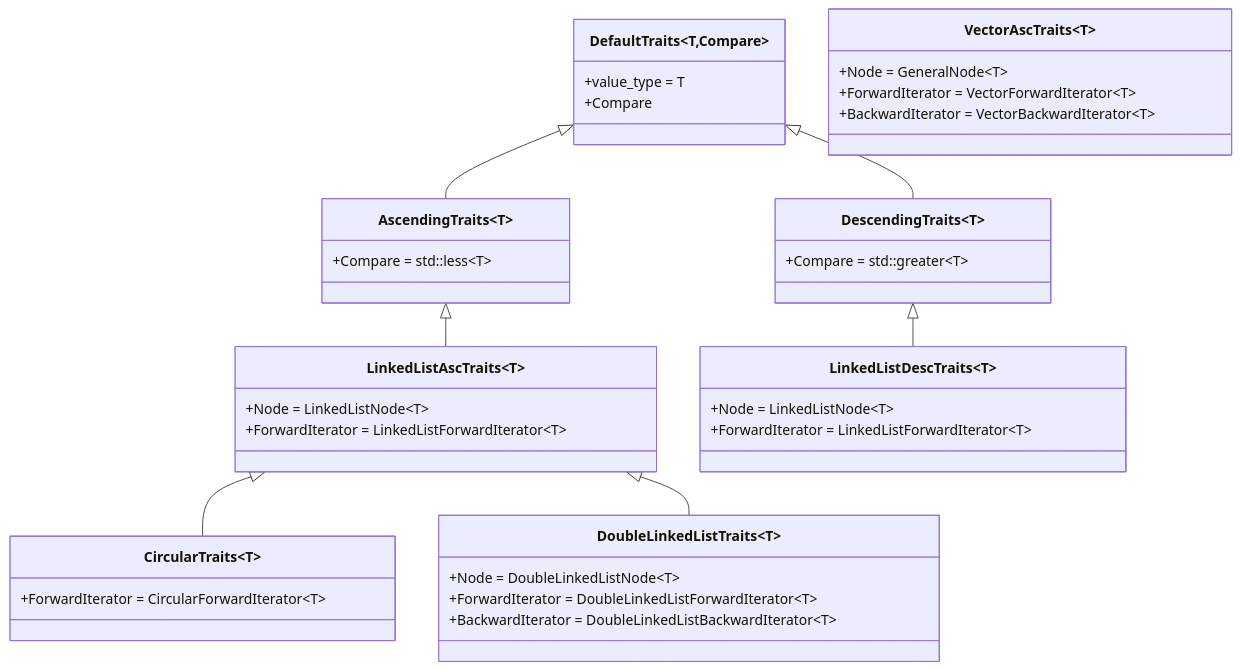
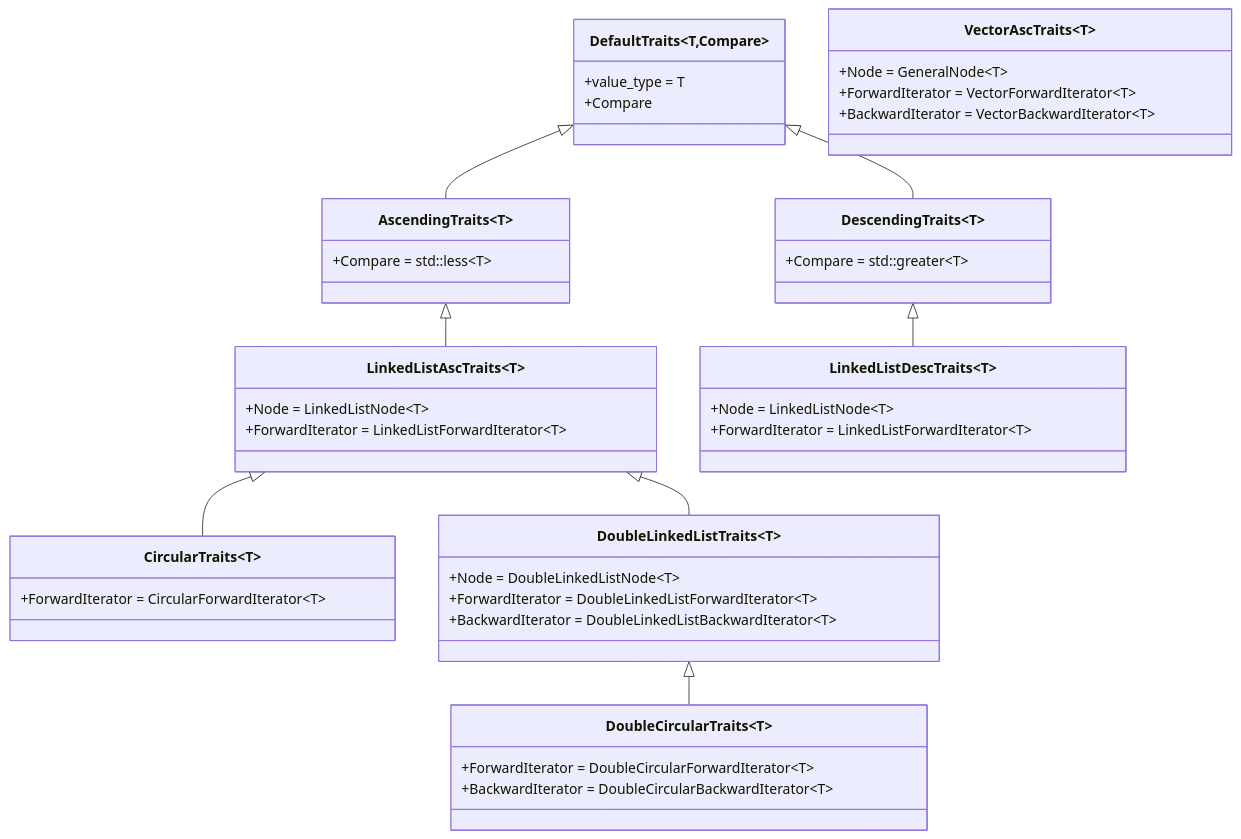
The fourth of 5 diagrams in docs/jerarquias-clases.md (ecuadros/2026-II-CS-UNI-CC0E5-AEDAv), drawn with Mermaid before and after one commit. The commit also changed other lines of this file, not shown here.

Commit message:
docs: jerarquias con DoubleCircularLinkedList

````diff
--- a/docs/jerarquias-clases.md
+++ b/docs/jerarquias-clases.md
@@ -125,40 +143,45 @@
 ```mermaid
 classDiagram
     class DefaultTraits~T,Compare~ {
         +value_type = T
         +Compare
     }
     class AscendingTraits~T~ {
         +Compare = std::less~T~
     }
     class DescendingTraits~T~ {
         +Compare = std::greater~T~
     }
     class LinkedListAscTraits~T~ {
         +Node = LinkedListNode~T~
         +ForwardIterator = LinkedListForwardIterator~T~
     }
     class LinkedListDescTraits~T~ {
         +Node = LinkedListNode~T~
         +ForwardIterator = LinkedListForwardIterator~T~
     }
     class CircularTraits~T~ {
         +ForwardIterator = CircularForwardIterator~T~
     }
     class DoubleLinkedListTraits~T~ {
         +Node = DoubleLinkedListNode~T~
         +ForwardIterator = DoubleLinkedListForwardIterator~T~
         +BackwardIterator = DoubleLinkedListBackwardIterator~T~
     }
     class VectorAscTraits~T~ {
         +Node = GeneralNode~T~
         +ForwardIterator = VectorForwardIterator~T~
         +BackwardIterator = VectorBackwardIterator~T~
     }
+    class DoubleCircularTraits~T~ {
+        +ForwardIterator = DoubleCircularForwardIterator~T~
+        +BackwardIterator = DoubleCircularBackwardIterator~T~
+    }
     DefaultTraits~T,Compare~ <|-- AscendingTraits~T~
     DefaultTraits~T,Compare~ <|-- DescendingTraits~T~
     AscendingTraits~T~ <|-- LinkedListAscTraits~T~
     DescendingTraits~T~ <|-- LinkedListDescTraits~T~
     LinkedListAscTraits~T~ <|-- CircularTraits~T~
     LinkedListAscTraits~T~ <|-- DoubleLinkedListTraits~T~
+    DoubleLinkedListTraits~T~ <|-- DoubleCircularTraits~T~
 ```
````
